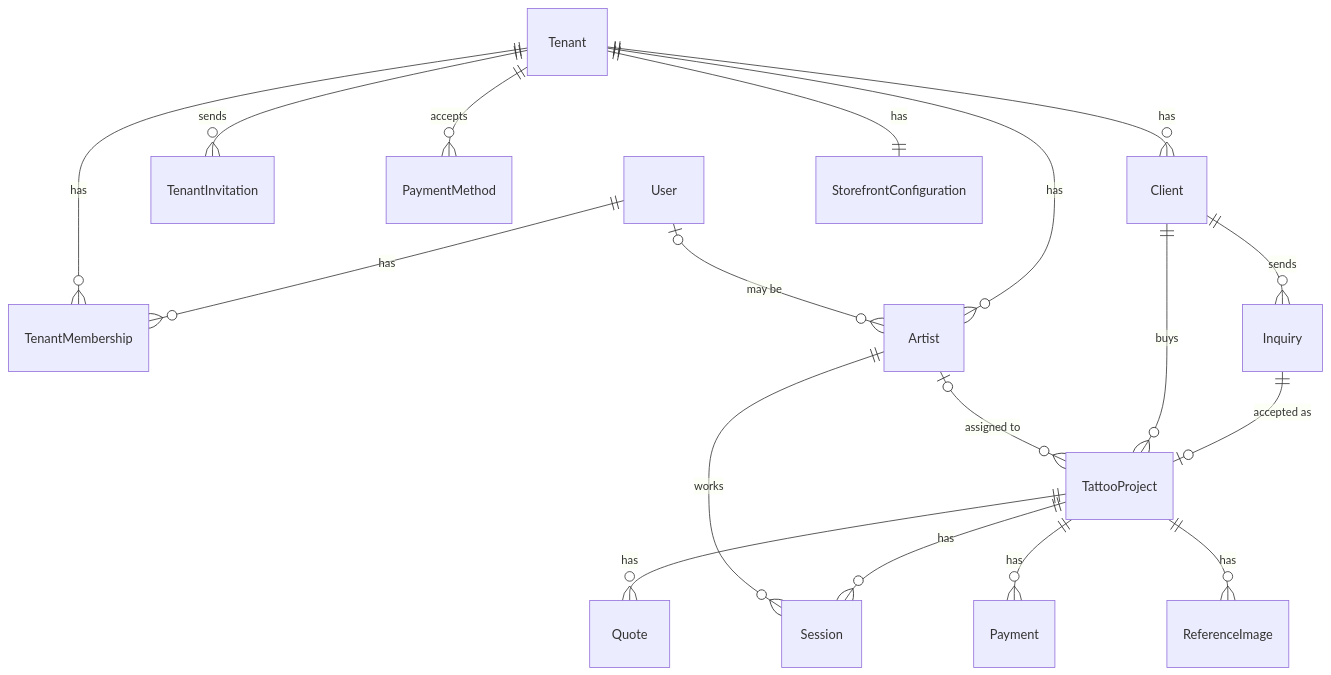
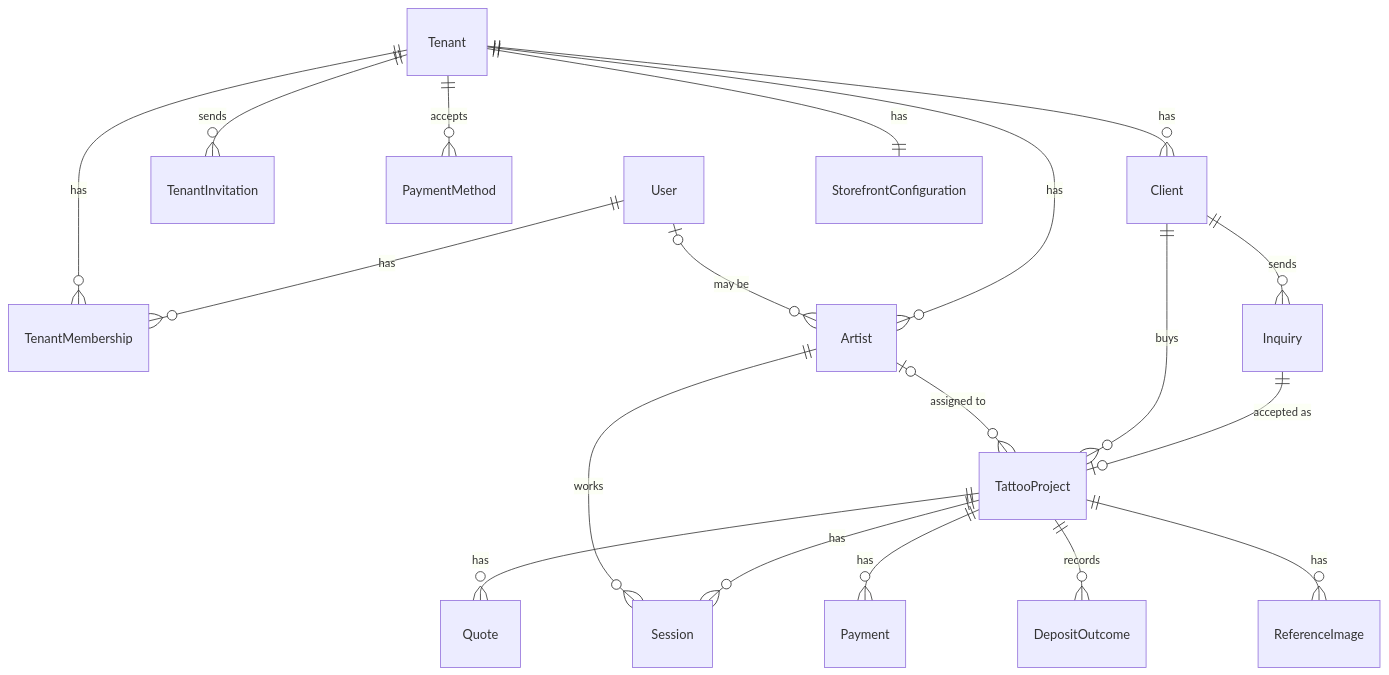
The diagram in docs/data-model.md (harublank0-0/tattoo-drip), drawn with Mermaid before and after one commit. The commit also changed other lines of this file and 6 other files, not shown here.

````diff
--- a/docs/data-model.md
+++ b/docs/data-model.md
@@ -5,20 +5,21 @@
 ```mermaid
 erDiagram
   User ||--o{ TenantMembership : has
   Tenant ||--o{ TenantMembership : has
   Tenant ||--o{ TenantInvitation : sends
   Tenant ||--o{ Artist : has
   User |o--o{ Artist : "may be"
   Tenant ||--o{ PaymentMethod : accepts
   Tenant ||--o{ Client : has
   Client ||--o{ Inquiry : sends
   Inquiry ||--o| TattooProject : "accepted as"
   Client ||--o{ TattooProject : buys
   Artist |o--o{ TattooProject : "assigned to"
   TattooProject ||--o{ Quote : has
   TattooProject ||--o{ Payment : has
   TattooProject ||--o{ Session : has
+  TattooProject ||--o{ DepositOutcome : records
   Artist ||--o{ Session : works
   TattooProject ||--o{ ReferenceImage : has
   Tenant ||--|| StorefrontConfiguration : has
 ```
````
